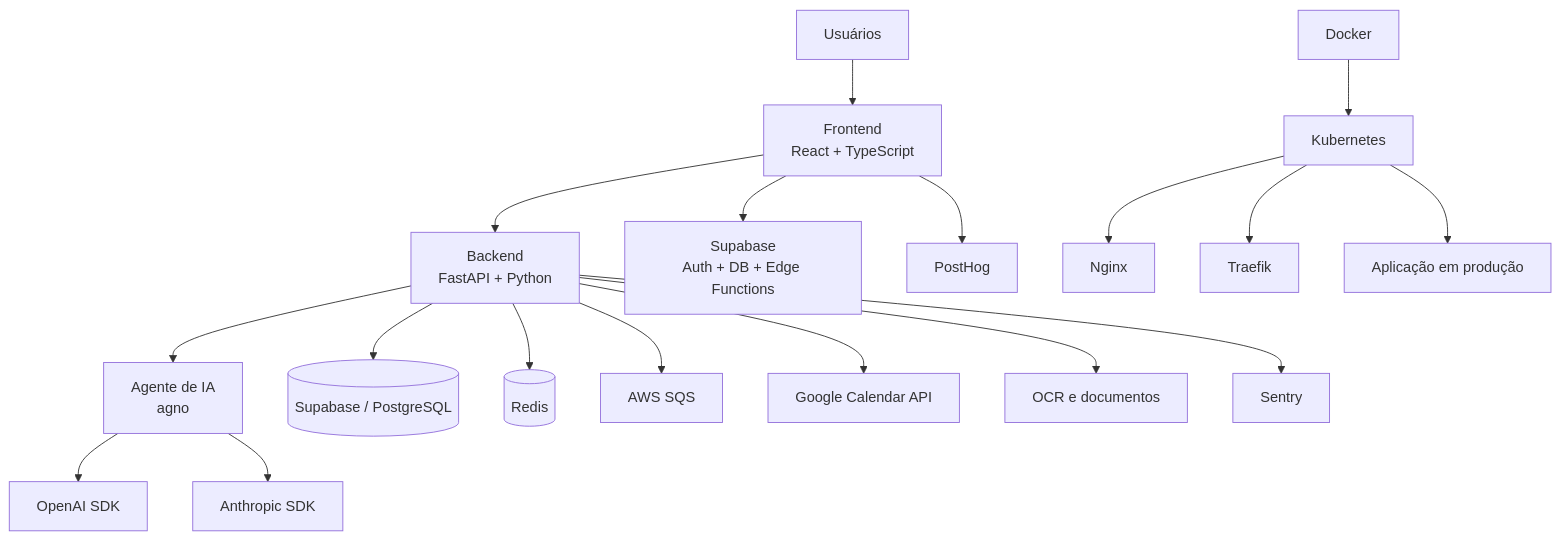
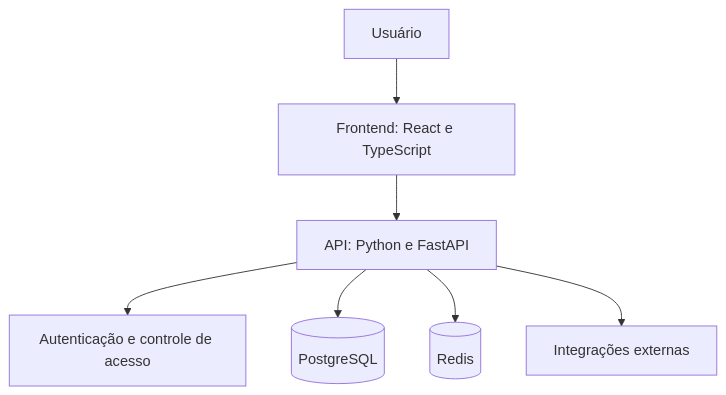
One commit to aler-julion/aler-julion changed the diagram in README.md. Above: the diagram before and after it, drawn with Mermaid. The commit also changed other lines of this file, not shown here.

````diff
--- a/README.md
+++ b/README.md
@@ -160,24 +91,9 @@
 ```mermaid
 flowchart TD
-    U[Usuários] --> FE[Frontend<br/>React + TypeScript]
-    FE --> API[Backend<br/>FastAPI + Python]
-    FE --> SB[Supabase<br/>Auth + DB + Edge Functions]
-
-    API --> AG[Agente de IA<br/>agno]
-    AG --> OA[OpenAI SDK]
-    AG --> AN[Anthropic SDK]
-
-    API --> DB[(Supabase / PostgreSQL)]
-    API --> REDIS[(Redis)]
-    API --> SQS[AWS SQS]
-    API --> GCAL[Google Calendar API]
-    API --> OCR[OCR e documentos]
-
-    FE --> PH[PostHog]
-    API --> SENTRY[Sentry]
-
-    DOCKER[Docker] --> K8S[Kubernetes]
-    K8S --> NGINX[Nginx]
-    K8S --> TRAEFIK[Traefik]
-    K8S --> APP[Aplicação em produção]
+    U[Usuário] --> FE[Frontend: React e TypeScript]
+    FE --> API[API: Python e FastAPI]
+    API --> AUTH[Autenticação e controle de acesso]
+    API --> DB[(PostgreSQL)]
+    API --> CACHE[(Redis)]
+    API --> INT[Integrações externas]
 ```
````
